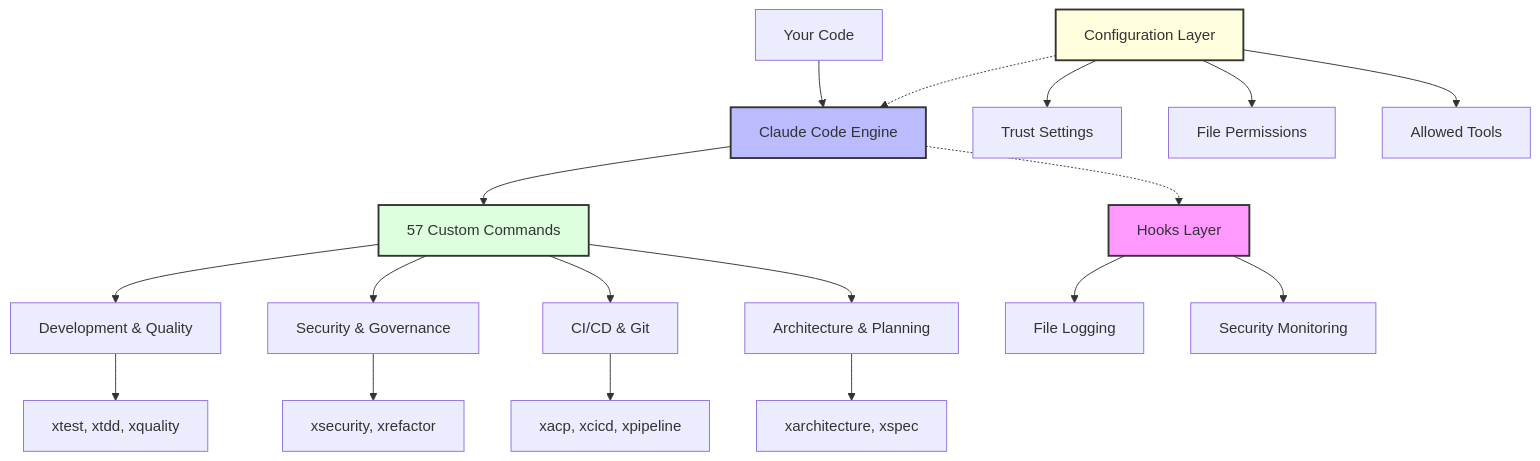
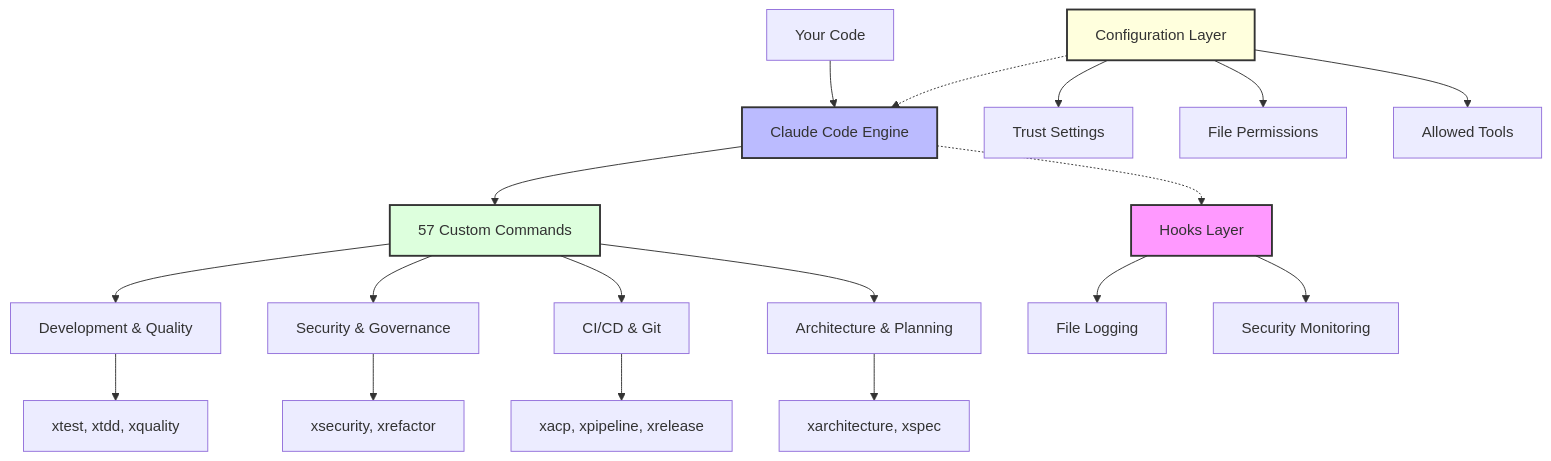
The diagram in docs/post-advanced-claude-code.md (PaulDuvall/claude-code), drawn with Mermaid before and after one commit. The commit also changed other lines of this file and 2 other files, not shown here.

First line of the commit message:
refactor: move xcicd to experiments and update docs

````diff
--- a/docs/post-advanced-claude-code.md
+++ b/docs/post-advanced-claude-code.md
@@ -83,32 +83,32 @@
 ```mermaid
 graph TD
     A[Your Code] --> B[Claude Code Engine]
     
     I[Configuration Layer] -.-> B
     I --> I1[Trust Settings]
     I --> I2[File Permissions]
     I --> I3[Allowed Tools]
     
     B --> C[57 Custom Commands]
     
     C --> D[Development & Quality]
     D --> D1[xtest, xtdd, xquality]
     
     C --> E[Security & Governance] 
     E --> E1[xsecurity, xrefactor]
     
     C --> F[CI/CD & Git]
-    F --> F1[xacp, xcicd, xpipeline]
+    F --> F1[xacp, xpipeline, xrelease]
     
     C --> G[Architecture & Planning]
     G --> G1[xarchitecture, xspec]
     
     B -.-> H[Hooks Layer]
     H --> H1[File Logging]
     H --> H2[Security Monitoring]
     
     style B fill:#bbf,stroke:#333,stroke-width:2px
     style C fill:#dfd,stroke:#333,stroke-width:2px
     style H fill:#f9f,stroke:#333,stroke-width:2px
     style I fill:#ffd,stroke:#333,stroke-width:2px
 ```
````
